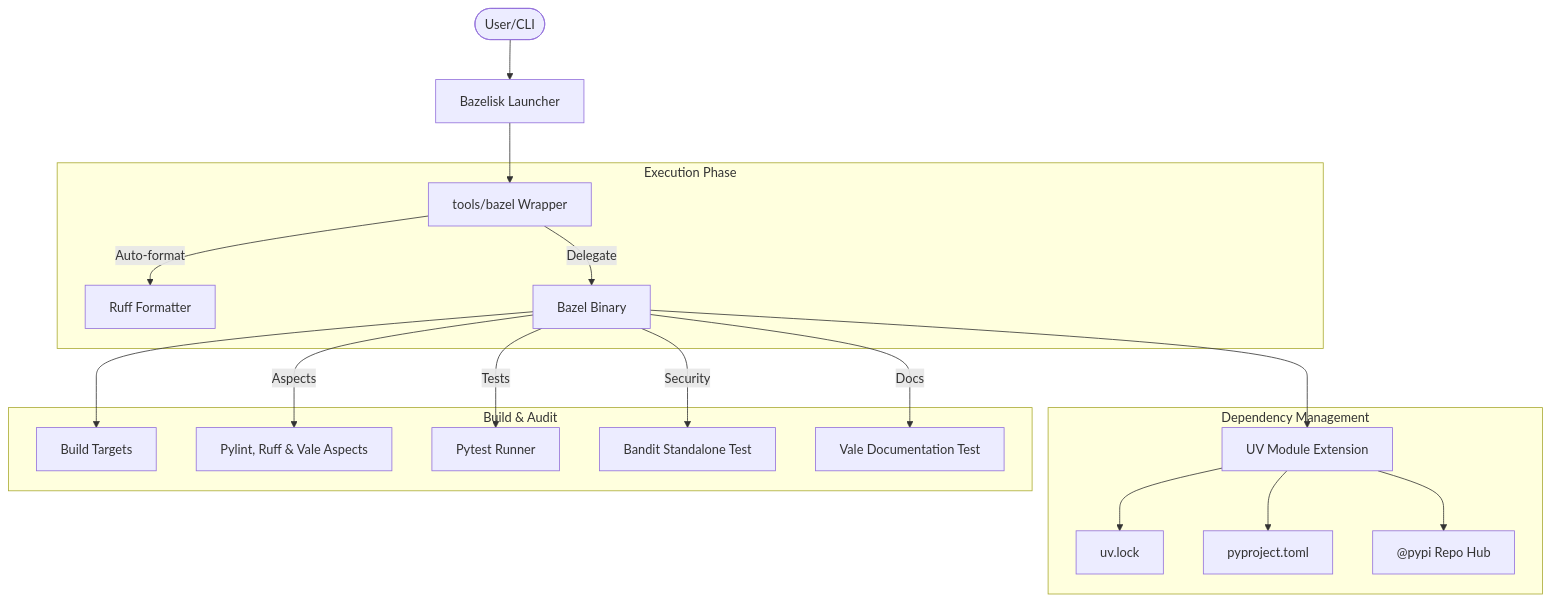
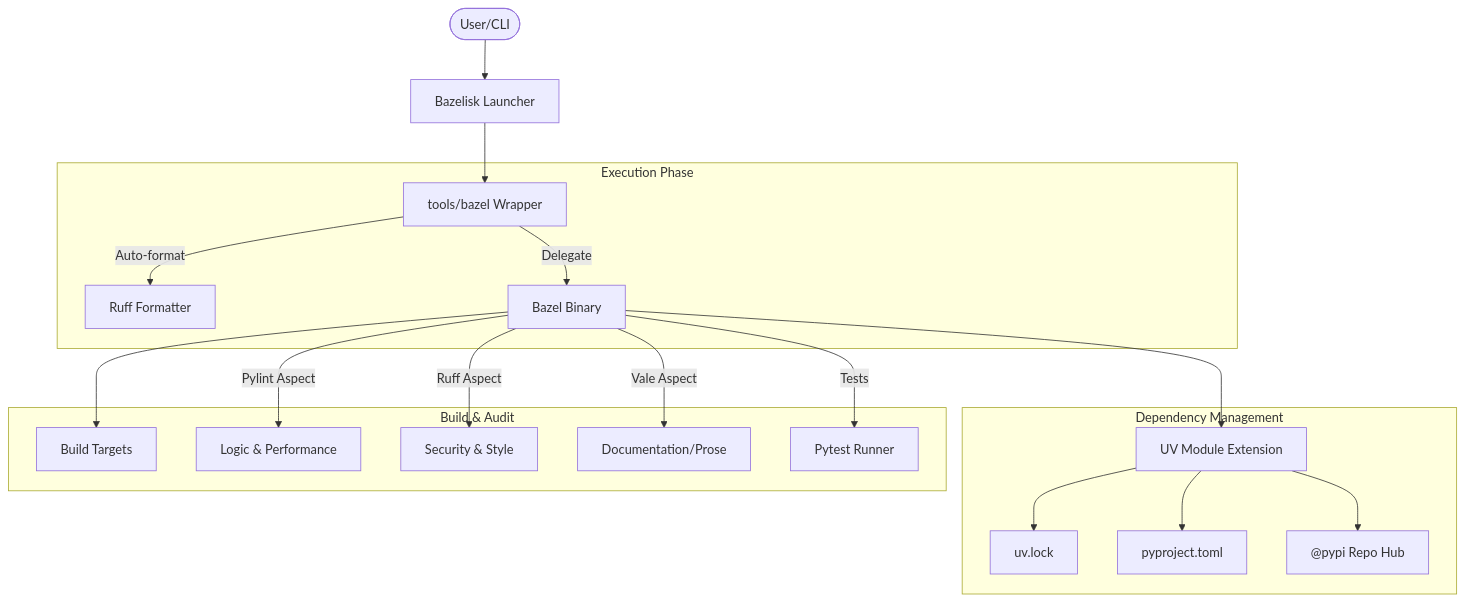
The diagram in build-architecture.md (craigdbarber/python-aspect-rules), drawn with Mermaid before and after one commit. The commit also changed other lines of this file and 8 other files, not shown here.

````diff
--- a/build-architecture.md
+++ b/build-architecture.md
@@ -15,25 +15,25 @@
 ```mermaid
 flowchart TD
     User(["User/CLI"]) --> Bazelisk["Bazelisk Launcher"]
     Bazelisk --> Wrapper["tools/bazel Wrapper"]
     
     subgraph EXEC ["Execution Phase"]
         Wrapper -->|"Auto-format"| RuffFmt["Ruff Formatter"]
         Wrapper -->|"Delegate"| BazelBin["Bazel Binary"]
     end
     
     subgraph DEP ["Dependency Management"]
         BazelBin --> UVExt["UV Module Extension"]
         UVExt --> UVLock["uv.lock"]
         UVExt --> PyProject["pyproject.toml"]
         UVExt --> Hub["@pypi Repo Hub"]
     end
     
     subgraph AUDIT ["Build & Audit"]
         BazelBin --> Targets["Build Targets"]
-        BazelBin -->|"Aspects"| Linters["Pylint, Ruff & Vale Aspects"]
+        BazelBin -->|"Pylint Aspect"| Pylint["Logic & Performance"]
+        BazelBin -->|"Ruff Aspect"| Ruff["Security & Style"]
+        BazelBin -->|"Vale Aspect"| ValeAspect["Documentation/Prose"]
         BazelBin -->|"Tests"| Pytest["Pytest Runner"]
-        BazelBin -->|"Security"| Bandit["Bandit Standalone Test"]
-        BazelBin -->|"Docs"| Vale["Vale Documentation Test"]
     end
 ```
````
